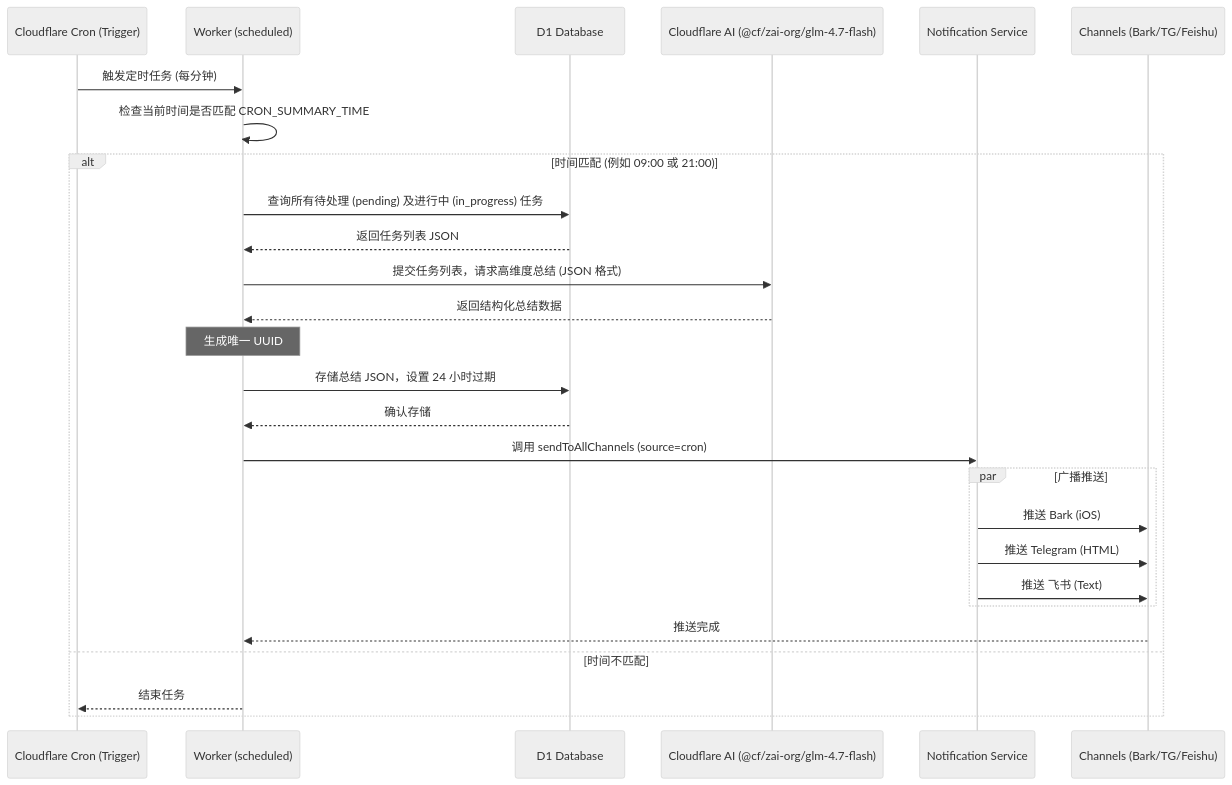
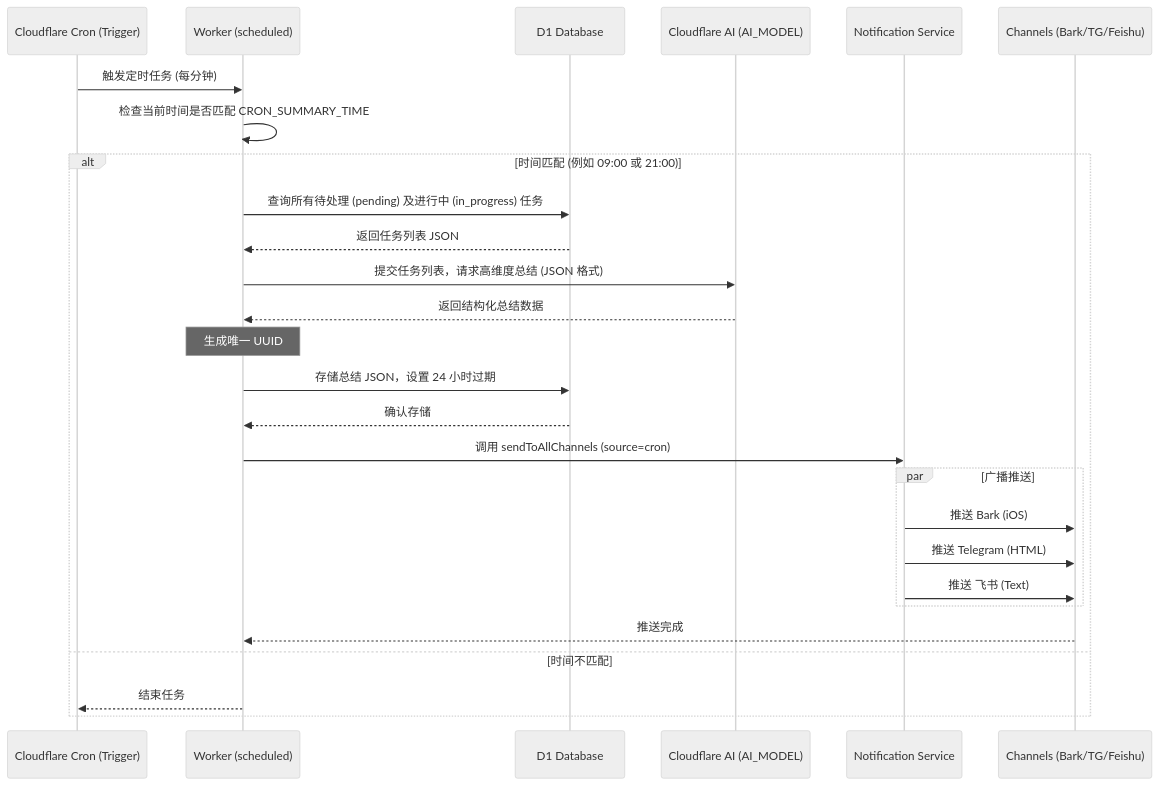
The third of 4 diagrams in docs/技术架构.md (gray0128/claw-owner-task), drawn with Mermaid (neutral theme) before and after one commit. The commit also changed other lines of this file and 7 other files, not shown here.

````diff
--- a/docs/技术架构.md
+++ b/docs/技术架构.md
@@ -96,36 +96,36 @@
 ```mermaid
 sequenceDiagram
     participant CloudCron as Cloudflare Cron (Trigger)
     participant Worker as Worker (scheduled)
     participant DB as D1 Database
-    participant AI as Cloudflare AI (@cf/zai-org/glm-4.7-flash)
+    participant AI as Cloudflare AI (AI_MODEL)
     participant Notify as Notification Service
     participant Channels as Channels (Bark/TG/Feishu)
 
     CloudCron->>Worker: 触发定时任务 (每分钟)
     Worker->>Worker: 检查当前时间是否匹配 CRON_SUMMARY_TIME
     
     alt 时间匹配 (例如 09:00 或 21:00)
         Worker->>DB: 查询所有待处理 (pending) 及进行中 (in_progress) 任务
         DB-->>Worker: 返回任务列表 JSON
         
         Worker->>AI: 提交任务列表，请求高维度总结 (JSON 格式)
         AI-->>Worker: 返回结构化总结数据
         
         Note over Worker: 生成唯一 UUID
         Worker->>DB: 存储总结 JSON，设置 24 小时过期
         DB-->>Worker: 确认存储
         
         Worker->>Notify: 调用 sendToAllChannels (source=cron)
         
         par 广播推送
             Notify->>Channels: 推送 Bark (iOS)
             Notify->>Channels: 推送 Telegram (HTML)
             Notify->>Channels: 推送 飞书 (Text)
         end
         
         Channels-->>Worker: 推送完成
     else 时间不匹配
         Worker-->>CloudCron: 结束任务
     end
 ```
````
